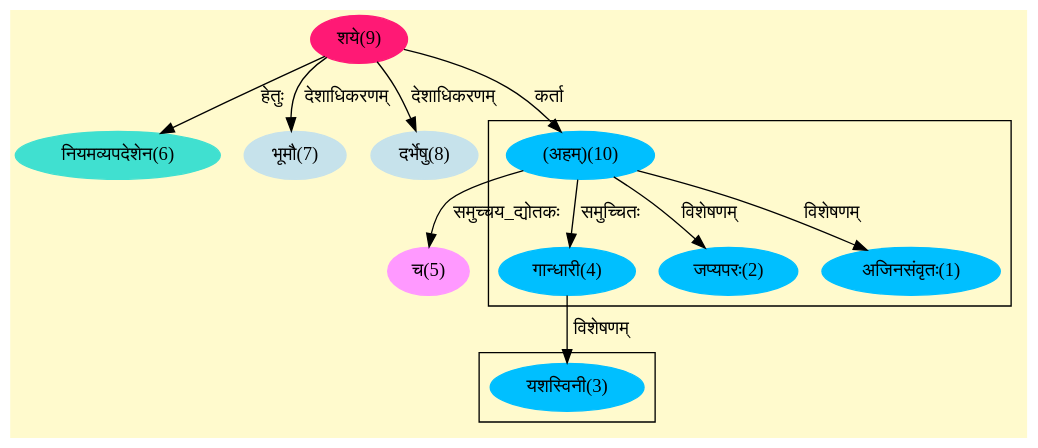
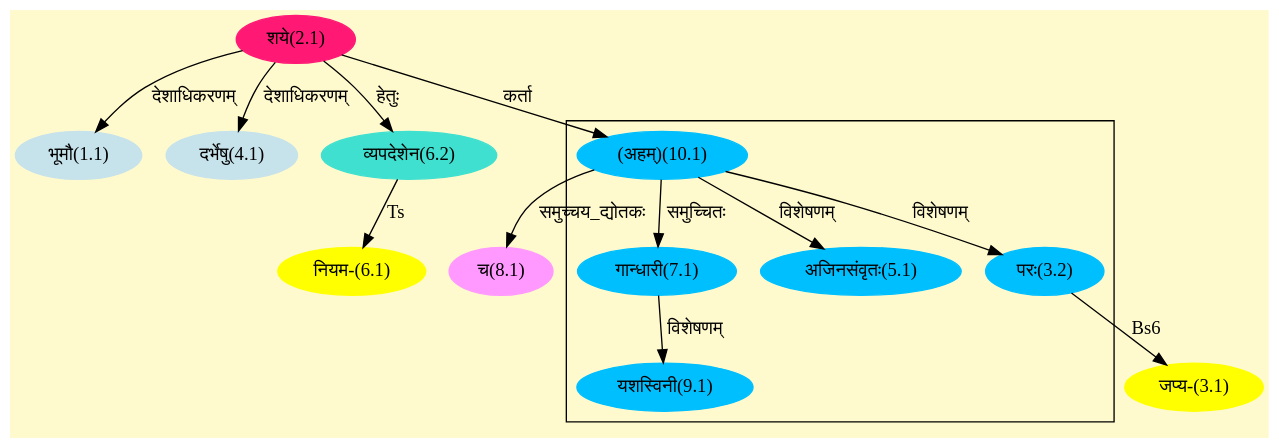
One commit to ska-mahe-blr/ska-ereader.github.io changed the diagram in assets/graphs/05_012_1.dot. Above: the diagram before and after it, drawn with Graphviz. The commit also changed 1152 other files, not shown here.

```diff
--- a/assets/graphs/05_012_1.dot
+++ b/assets/graphs/05_012_1.dot
@@ -1,36 +1,36 @@
 digraph G{
 rankdir=BT;
  compound=true;
  bgcolor="lemonchiffon1";
 
 subgraph cluster_1{
-Node1 [style=filled, color="#00BFFF" label = "अजिनसंवृतः(1)"]
-Node10 [style=filled, color="#00BFFF" label = "(अहम्)(10)"]
-Node2 [style=filled, color="#00BFFF" label = "जप्यपरः(2)"]
-Node4 [style=filled, color="#00BFFF" label = "गान्धारी(4)"]
+Node3_2 [style=filled, color="#00BFFF" label = "परः(3.2)"]
+Node10_1 [style=filled, color="#00BFFF" label = "(अहम्)(10.1)"]
+Node5_1 [style=filled, color="#00BFFF" label = "अजिनसंवृतः(5.1)"]
+Node7_1 [style=filled, color="#00BFFF" label = "गान्धारी(7.1)"]
+Node9_1 [style=filled, color="#00BFFF" label = "यशस्विनी(9.1)"]
 
 }
-
-subgraph cluster_2{
-Node3 [style=filled, color="#00BFFF" label = "यशस्विनी(3)"]
-Node4 [style=filled, color="#00BFFF" label = "गान्धारी(4)"]
-
-}
-Node5 [style=filled, color="#FF99FF" label = "च(5)"]
-Node10 [style=filled, color="#00BFFF" label = "(अहम्)(10)"]
-Node6 [style=filled, color="#40E0D0" label = "नियमव्यपदेशेन(6)"]
-Node9 [style=filled, color="#FF1975" label = "शये(9)"]
-Node7 [style=filled, color="#C6E2EB" label = "भूमौ(7)"]
-Node8 [style=filled, color="#C6E2EB" label = "दर्भेषु(8)"]
+Node1_1 [style=filled, color="#C6E2EB" label = "भूमौ(1.1)"]
+Node2_1 [style=filled, color="#FF1975" label = "शये(2.1)"]
+Node10_1 [style=filled, color="#00BFFF" label = "(अहम्)(10.1)"]
+Node3_1 [style=filled, color="#FFFF00" label = "जप्य-(3.1)"]
+Node3_2 [style=filled, color="#00BFFF" label = "परः(3.2)"]
+Node4_1 [style=filled, color="#C6E2EB" label = "दर्भेषु(4.1)"]
+Node6_1 [style=filled, color="#FFFF00" label = "नियम-(6.1)"]
+Node6_2 [style=filled, color="#40E0D0" label = "व्यपदेशेन(6.2)"]
+Node8_1 [style=filled, color="#FF99FF" label = "च(8.1)"]
 /* Start of Relations section */
 
-Node1 -> Node10 [  label="विशेषणम्"  dir="back" ]
-Node2 -> Node10 [  label="विशेषणम्"  dir="back" ]
-Node3 -> Node4 [  label="विशेषणम्"  dir="back" ]
-Node4 -> Node10 [  label="समुच्चितः"  dir="back" ]
-Node5 -> Node10 [  label="समुच्चय_द्योतकः"  dir="back" ]
-Node6 -> Node9 [  label="हेतुः"  dir="back" ]
-Node7 -> Node9 [  label="देशाधिकरणम्"  dir="back" ]
-Node8 -> Node9 [  label="देशाधिकरणम्"  dir="back" ]
-Node10 -> Node9 [  label="कर्ता"  dir="back" ]
+Node1_1 -> Node2_1 [  label="देशाधिकरणम्"  dir="back" ]
+Node3_1 -> Node3_2 [  label="Bs6"  dir="back" ]
+Node3_2 -> Node10_1 [  label="विशेषणम्"  dir="back" ]
+Node4_1 -> Node2_1 [  label="देशाधिकरणम्"  dir="back" ]
+Node5_1 -> Node10_1 [  label="विशेषणम्"  dir="back" ]
+Node6_1 -> Node6_2 [  label="Ts"  dir="back" ]
+Node6_2 -> Node2_1 [  label="हेतुः"  dir="back" ]
+Node7_1 -> Node10_1 [  label="समुच्चितः"  dir="back" ]
+Node8_1 -> Node10_1 [  label="समुच्चय_द्योतकः"  dir="back" ]
+Node9_1 -> Node7_1 [  label="विशेषणम्"  dir="back" ]
+Node10_1 -> Node2_1 [  label="कर्ता"  dir="back" ]
 }
```
